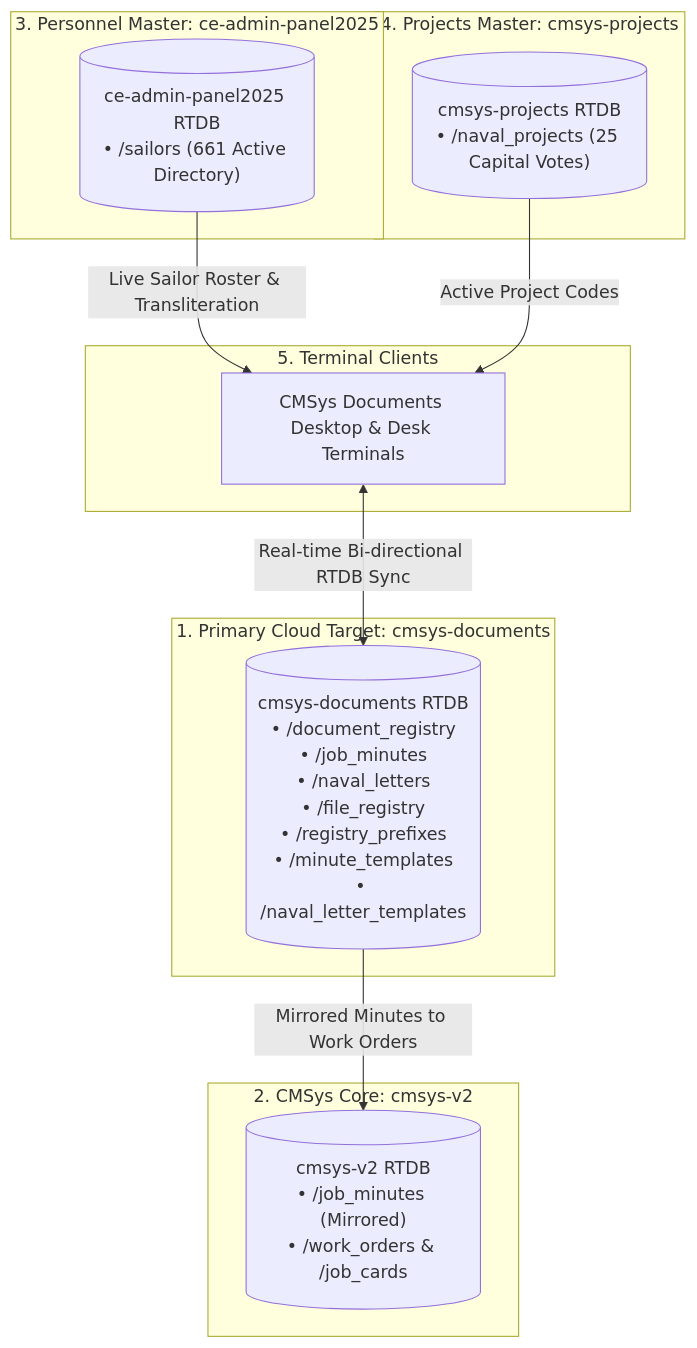
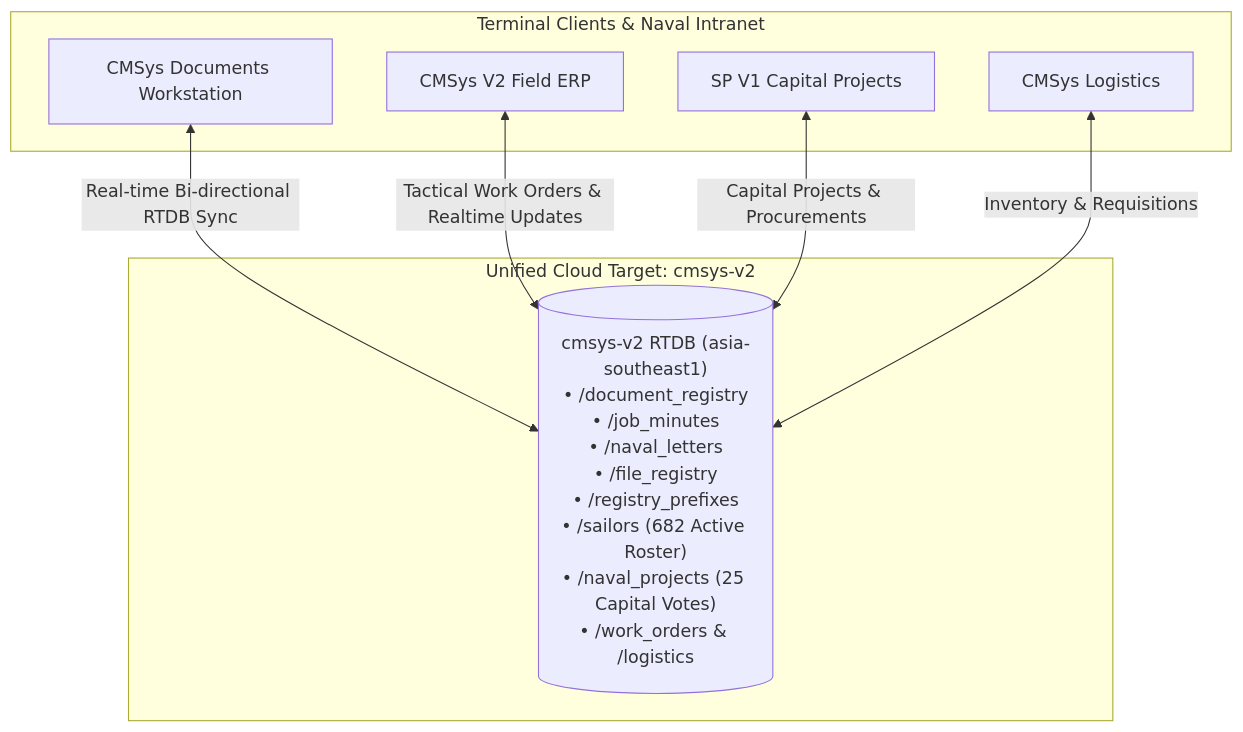
One commit to cmsys-v2/CMSys-Documents changed the diagram in README.md. Above: the diagram before and after it, drawn with Mermaid. The commit also changed other lines of this file and 2 other files, not shown here.

Commit message:
docs: document consolidated architecture and update database index rules

````diff
--- a/README.md
+++ b/README.md
@@ -29,27 +29,18 @@
 ```mermaid
 graph TB
-  subgraph Target["1. Primary Cloud Target: cmsys-documents"]
-    DOCS_RTDB[("cmsys-documents RTDB<br/>• /document_registry<br/>• /job_minutes<br/>• /naval_letters<br/>• /file_registry<br/>• /registry_prefixes<br/>• /minute_templates<br/>• /naval_letter_templates")]
+  subgraph Target["Unified Cloud Target: cmsys-v2"]
+    RTDB[("cmsys-v2 RTDB (asia-southeast1)<br/>• /document_registry<br/>• /job_minutes<br/>• /naval_letters<br/>• /file_registry<br/>• /registry_prefixes<br/>• /sailors (682 Active Roster)<br/>• /naval_projects (25 Capital Votes)<br/>• /work_orders & /logistics")]
   end
 
-  subgraph Core["2. CMSys Core: cmsys-v2"]
-    V2_RTDB[("cmsys-v2 RTDB<br/>• /job_minutes (Mirrored)<br/>• /work_orders & /job_cards")]
+  subgraph Clients["Terminal Clients & Naval Intranet"]
+    HUB["CMSys Documents Workstation"]
+    V2["CMSys V2 Field ERP"]
+    SP["SP V1 Capital Projects"]
+    LOG["CMSys Logistics"]
   end
 
-  subgraph Personnel["3. Personnel Master: ce-admin-panel2025"]
-    PERS_RTDB[("ce-admin-panel2025 RTDB<br/>• /sailors (661 Active Directory)")]
-  end
-
-  subgraph Projects["4. Projects Master: cmsys-projects"]
-    PRJ_RTDB[("cmsys-projects RTDB<br/>• /naval_projects (25 Capital Votes)")]
-  end
-
-  subgraph Clients["5. Terminal Clients"]
-    HUB["CMSys Documents Desktop & Desk Terminals"]
-  end
-
-  HUB <-->|"Real-time Bi-directional RTDB Sync"| DOCS_RTDB
-  DOCS_RTDB -->|"Mirrored Minutes to Work Orders"| V2_RTDB
-  PERS_RTDB -->|"Live Sailor Roster & Transliteration"| HUB
-  PRJ_RTDB -->|"Active Project Codes"| HUB
+  HUB <-->|"Real-time Bi-directional RTDB Sync"| RTDB
+  V2 <-->|"Tactical Work Orders & Realtime Updates"| RTDB
+  SP <-->|"Capital Projects & Procurements"| RTDB
+  LOG <-->|"Inventory & Requisitions"| RTDB
 ```
````
